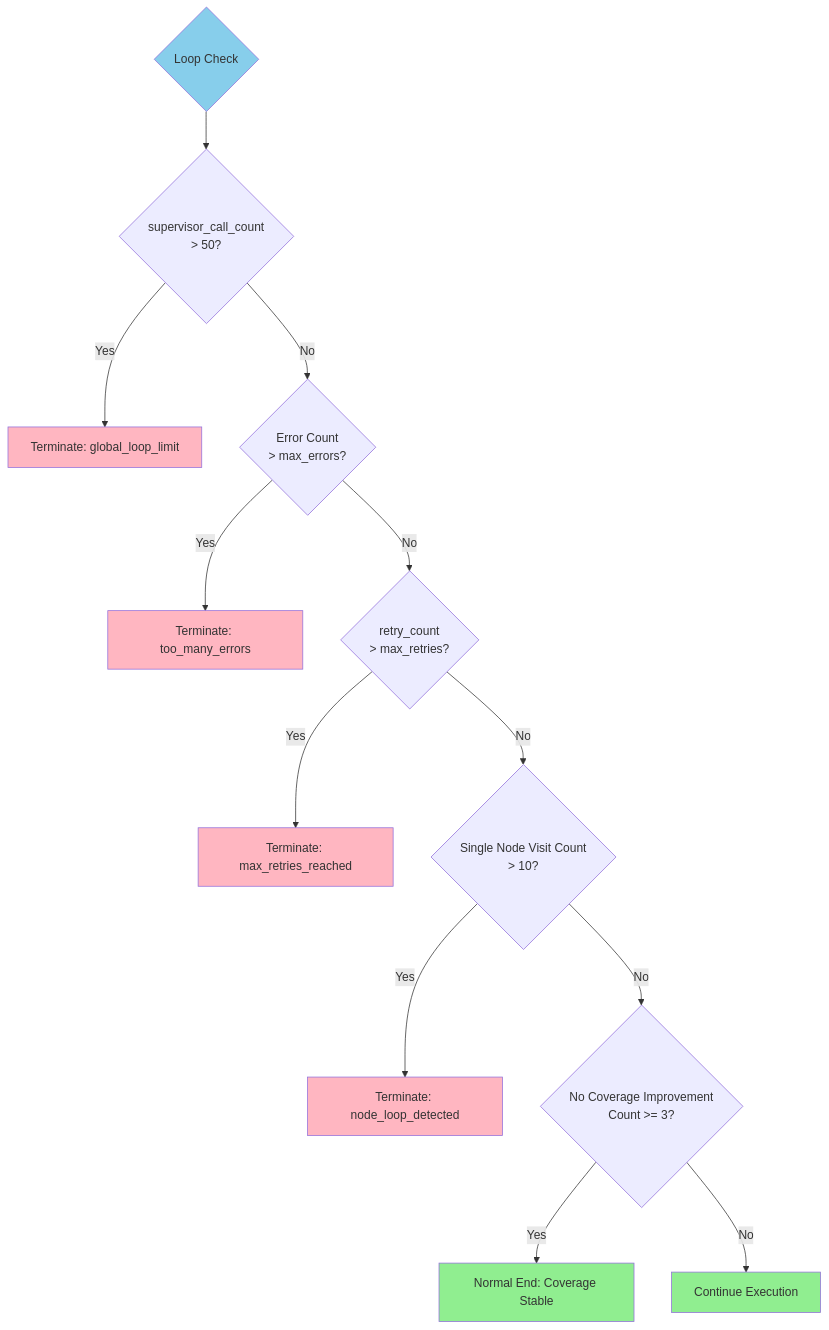
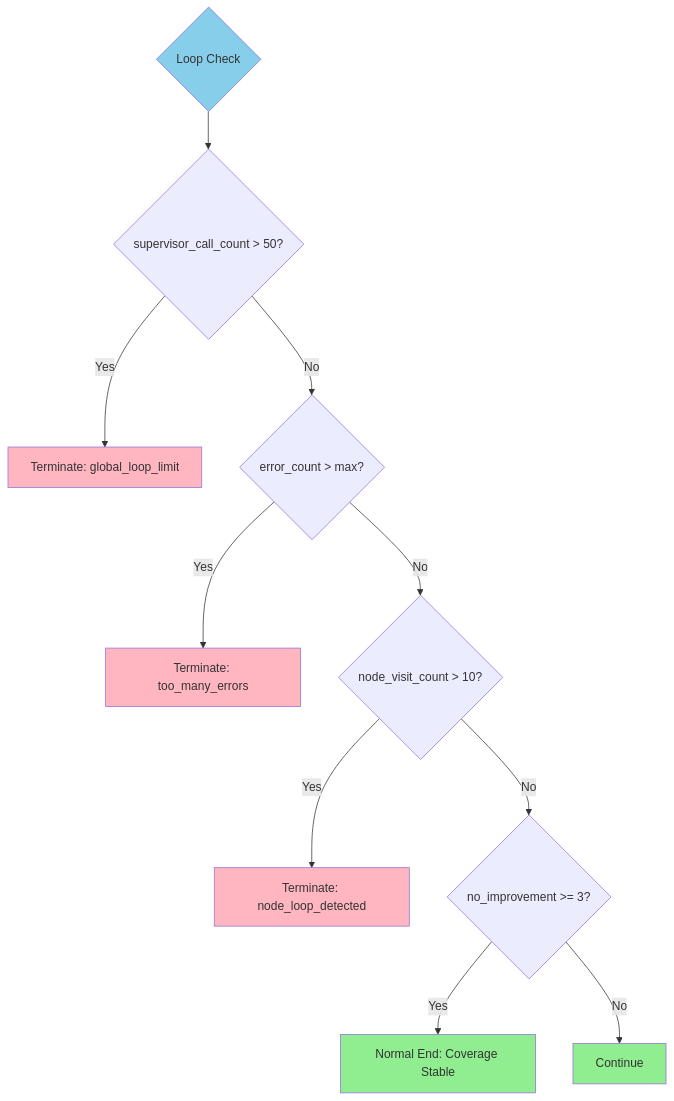
One commit to google/oss-fuzz-gen changed the fourth of 4 diagrams in agent_graph/README.md. Above: the diagram before and after it, drawn with Mermaid. The commit also changed other lines of this file and 1 other file, not shown here.

First line of the commit message:
Refactor README and agent architecture documentation

````diff
--- a/agent_graph/README.md
+++ b/agent_graph/README.md
@@ -262,26 +392,19 @@
 ```mermaid
 flowchart TD
-    Check{Loop Check} --> GlobalCount{supervisor_call_count<br/>> 50?}
+    Check{Loop Check} --> GlobalCount{supervisor_call_count > 50?}
     GlobalCount -->|Yes| Term1[Terminate: global_loop_limit]
-    GlobalCount -->|No| ErrorCount{Error Count<br/>> max_errors?}
-    
+    GlobalCount -->|No| ErrorCount{error_count > max?}
     ErrorCount -->|Yes| Term2[Terminate: too_many_errors]
-    ErrorCount -->|No| RetryCount{retry_count<br/>> max_retries?}
-    
-    RetryCount -->|Yes| Term3[Terminate: max_retries_reached]
-    RetryCount -->|No| NodeVisit{Single Node Visit Count<br/>> 10?}
-    
-    NodeVisit -->|Yes| Term4[Terminate: node_loop_detected]
-    NodeVisit -->|No| NoImprov{No Coverage Improvement<br/>Count >= 3?}
-    
-    NoImprov -->|Yes| Term5[Normal End: Coverage Stable]
-    NoImprov -->|No| Continue[Continue Execution]
+    ErrorCount -->|No| NodeVisit{node_visit_count > 10?}
+    NodeVisit -->|Yes| Term3[Terminate: node_loop_detected]
+    NodeVisit -->|No| NoImprov{no_improvement >= 3?}
+    NoImprov -->|Yes| Term4[Normal End: Coverage Stable]
+    NoImprov -->|No| Continue[Continue]
     
     style Check fill:#87CEEB
     style Term1 fill:#FFB6C1
     style Term2 fill:#FFB6C1
     style Term3 fill:#FFB6C1
-    style Term4 fill:#FFB6C1
-    style Term5 fill:#90EE90
+    style Term4 fill:#90EE90
     style Continue fill:#90EE90
 ```
````
